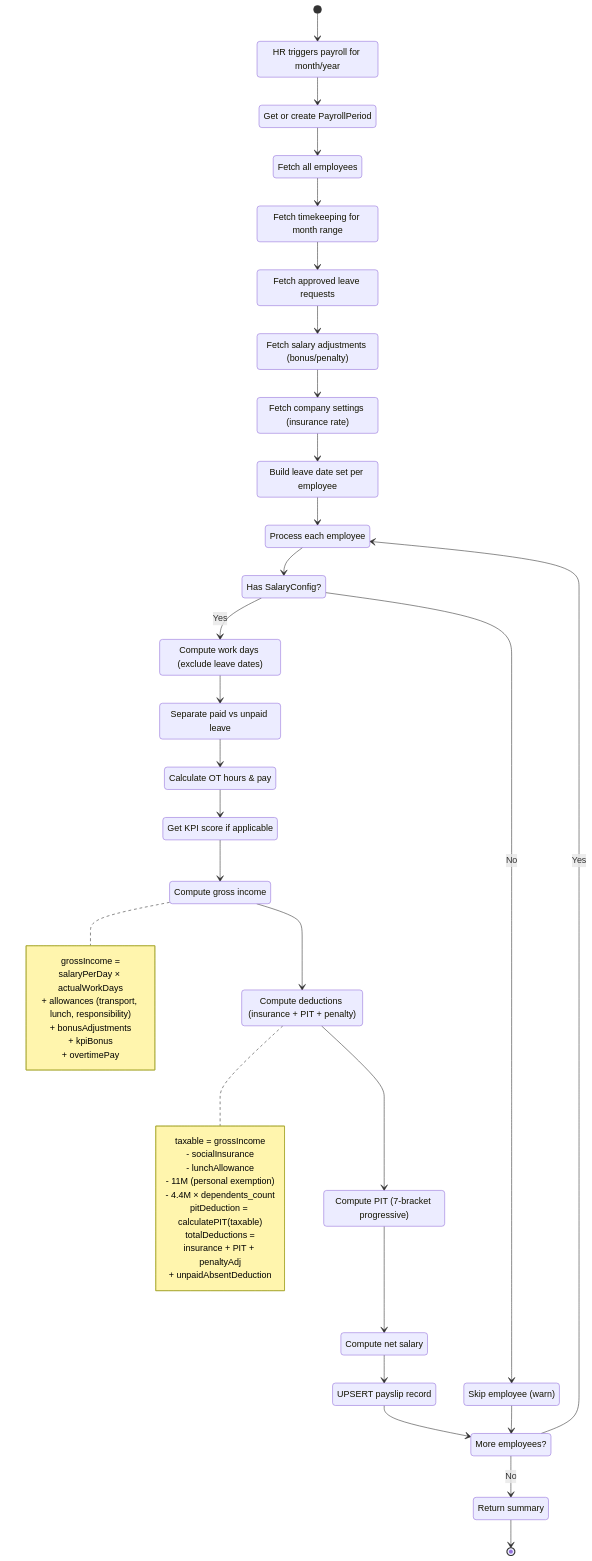
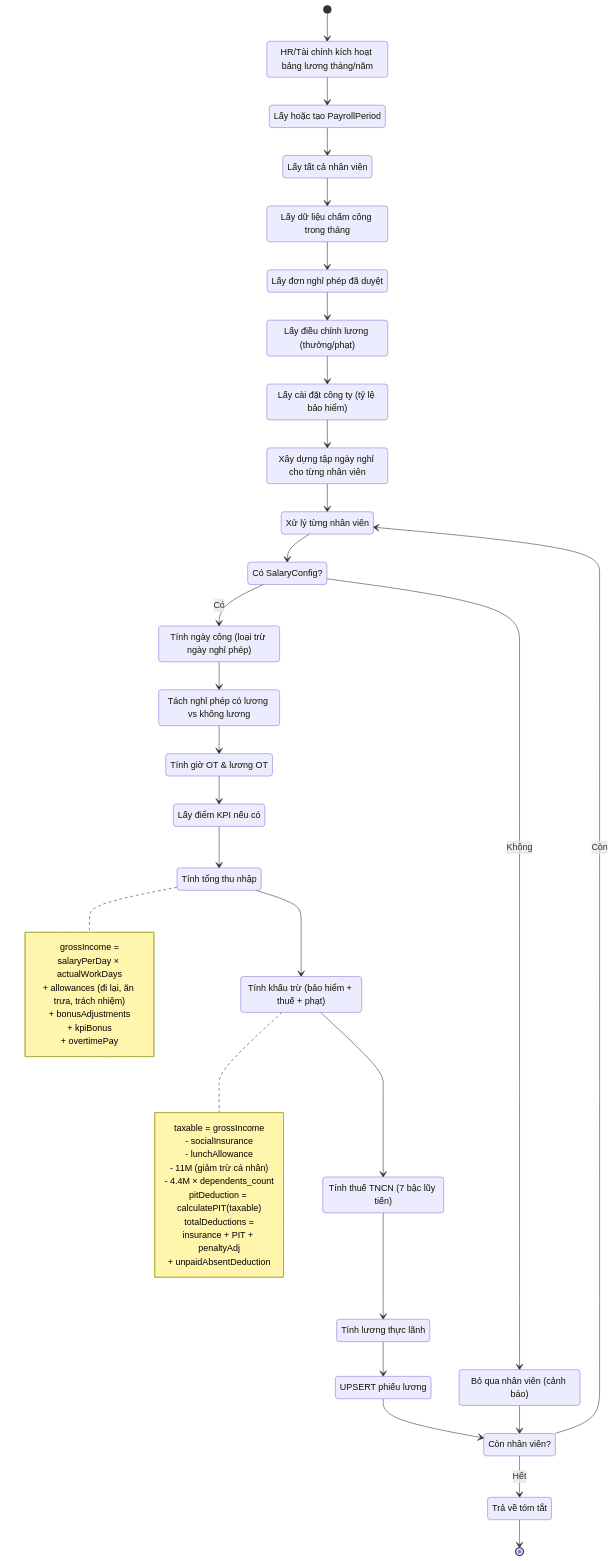
Before and after one commit to Luo-Zhii/HRM-Gene: the second of 16 diagrams in docs/activity-diagram.md, drawn with Mermaid. The commit also changed other lines of this file and 3 other files, not shown here.

````diff
--- a/docs/activity-diagram.md
+++ b/docs/activity-diagram.md
@@ -58,76 +58,76 @@
 ```mermaid
 stateDiagram-v2
-    state "HR triggers payroll for month/year" as trigger
-    state "Get or create PayrollPeriod" as period
-    state "Fetch all employees" as fetch_emp
-    state "Fetch timekeeping for month range" as fetch_tk
-    state "Fetch approved leave requests" as fetch_leave
-    state "Fetch salary adjustments (bonus/penalty)" as fetch_adj
-    state "Fetch company settings (insurance rate)" as fetch_settings
-    state "Build leave date set per employee" as build_leave_set
-    state "Process each employee" as loop_emp
-    state "Has SalaryConfig?" as has_config
-    state "Skip employee (warn)" as skip
-    state "Compute work days (exclude leave dates)" as work_days
-    state "Separate paid vs unpaid leave" as leave_type
-    state "Calculate OT hours & pay" as calc_ot
-    state "Get KPI score if applicable" as kpi
-    state "Compute gross income" as gross
-    state "Compute deductions (insurance + PIT + penalty)" as deductions
-    state "Compute PIT (7-bracket progressive)" as pit
-    state "Compute net salary" as net
-    state "UPSERT payslip record" as save_payslip
-    state "More employees?" as more
-    state "Return summary" as summary
+    state "HR/Tài chính kích hoạt bảng lương tháng/năm" as trigger
+    state "Lấy hoặc tạo PayrollPeriod" as period
+    state "Lấy tất cả nhân viên" as fetch_emp
+    state "Lấy dữ liệu chấm công trong tháng" as fetch_tk
+    state "Lấy đơn nghỉ phép đã duyệt" as fetch_leave
+    state "Lấy điều chỉnh lương (thưởng/phạt)" as fetch_adj
+    state "Lấy cài đặt công ty (tỷ lệ bảo hiểm)" as fetch_settings
+    state "Xây dựng tập ngày nghỉ cho từng nhân viên" as build_leave_set
+    state "Xử lý từng nhân viên" as loop_emp
+    state "Có SalaryConfig?" as has_config
+    state "Bỏ qua nhân viên (cảnh báo)" as skip
+    state "Tính ngày công (loại trừ ngày nghỉ phép)" as work_days
+    state "Tách nghỉ phép có lương vs không lương" as leave_type
+    state "Tính giờ OT & lương OT" as calc_ot
+    state "Lấy điểm KPI nếu có" as kpi
+    state "Tính tổng thu nhập" as gross
+    state "Tính khấu trừ (bảo hiểm + thuế + phạt)" as deductions
+    state "Tính thuế TNCN (7 bậc lũy tiến)" as pit
+    state "Tính lương thực lãnh" as net
+    state "UPSERT phiếu lương" as save_payslip
+    state "Còn nhân viên?" as more
+    state "Trả về tóm tắt" as summary
 
     [*] --> trigger
     trigger --> period
     period --> fetch_emp
     fetch_emp --> fetch_tk
     fetch_tk --> fetch_leave
     fetch_leave --> fetch_adj
     fetch_adj --> fetch_settings
     fetch_settings --> build_leave_set
     build_leave_set --> loop_emp
 
     loop_emp --> has_config
-    has_config --> skip : No
-    has_config --> work_days : Yes
+    has_config --> skip : Không
+    has_config --> work_days : Có
 
     work_days --> leave_type
     leave_type --> calc_ot
     calc_ot --> kpi
     kpi --> gross
 
     gross --> deductions
     deductions --> pit
     pit --> net
     net --> save_payslip
     save_payslip --> more
     skip --> more
 
-    more --> loop_emp : Yes
-    more --> summary : No
+    more --> loop_emp : Còn
+    more --> summary : Hết
     summary --> [*]
 
     note right of gross
         grossIncome =
           salaryPerDay × actualWorkDays
-          + allowances (transport, lunch, responsibility)
+          + allowances (đi lại, ăn trưa, trách nhiệm)
           + bonusAdjustments
           + kpiBonus
           + overtimePay
     end note
 
     note right of deductions
         taxable = grossIncome
           - socialInsurance
           - lunchAllowance
-          - 11M (personal exemption)
+          - 11M (giảm trừ cá nhân)
           - 4.4M × dependents_count
         pitDeduction = calculatePIT(taxable)
         totalDeductions =
           insurance + PIT + penaltyAdj
           + unpaidAbsentDeduction
     end note
 ```
````
